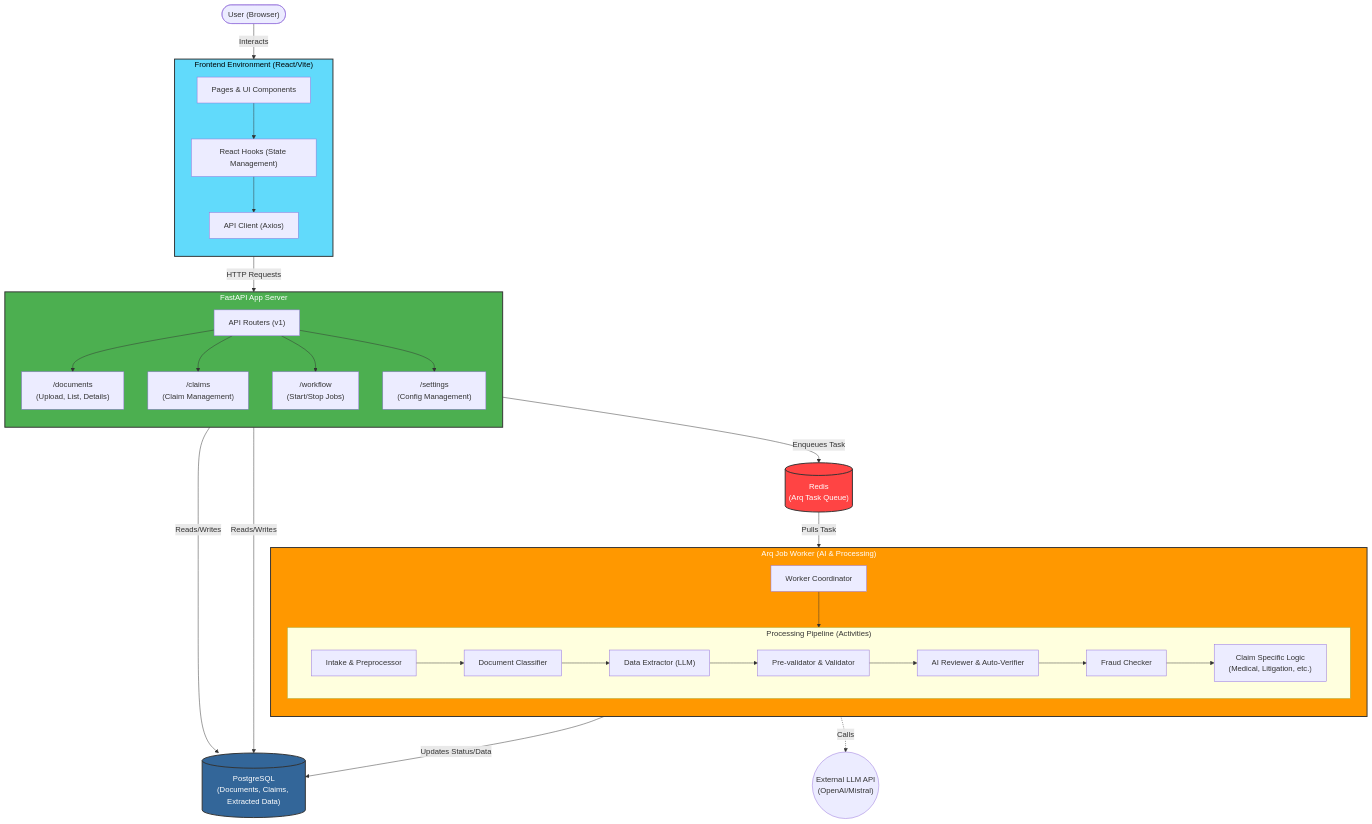
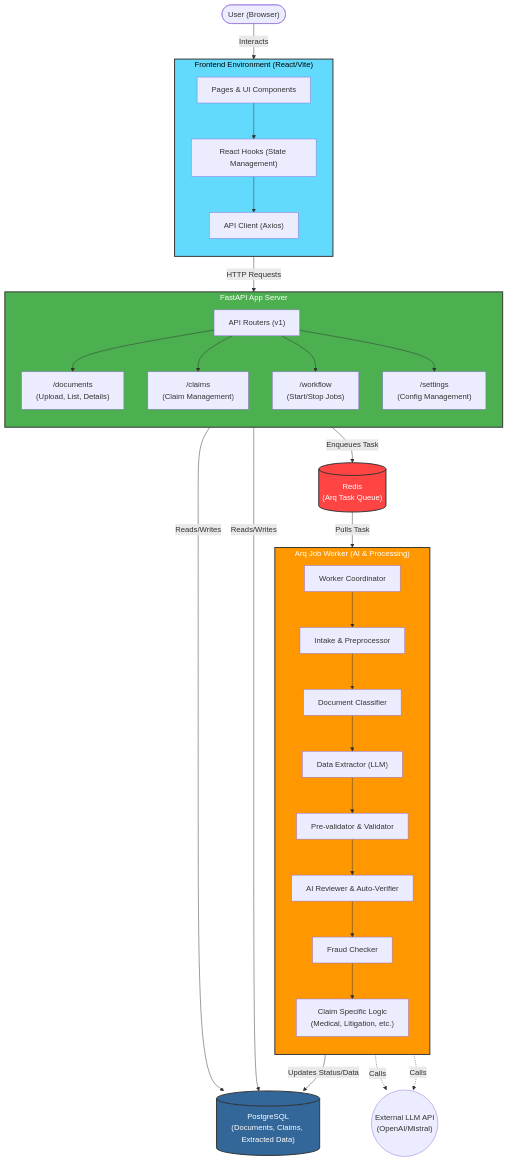
Before and after one commit to YASHGUPTA9063/Document-Ai: the diagram in project_architecture.md, drawn with Mermaid. The commit also changed 16 other files, not shown here.

````diff
--- a/project_architecture.md
+++ b/project_architecture.md
@@ -5,75 +5,76 @@
 ```mermaid
 flowchart TB
     classDef frontend fill:#61dafb,stroke:#333,stroke-width:2px,color:#000
     classDef api fill:#4caf50,stroke:#333,stroke-width:2px,color:#fff
     classDef worker fill:#ff9800,stroke:#333,stroke-width:2px,color:#fff
     classDef db fill:#336699,stroke:#333,stroke-width:2px,color:#fff
     classDef cache fill:#ff4444,stroke:#333,stroke-width:2px,color:#fff
 
     User(["User (Browser)"])
 
     %% FRONTEND SUBGRAPH
     subgraph Frontend ["Frontend Environment (React/Vite)"]
         direction TB
         UI["Pages & UI Components"]
         Hooks["React Hooks (State Management)"]
         APIClient["API Client (Axios)"]
         
         UI --> Hooks
         Hooks --> APIClient
     end
     class Frontend frontend
 
     %% BACKEND API SUBGRAPH
     subgraph BackendAPI ["FastAPI App Server"]
         direction TB
         APIRouters["API Routers (v1)"]
         DocRoute["/documents<br>(Upload, List, Details)"]
         ClaimRoute["/claims<br>(Claim Management)"]
         WorkflowRoute["/workflow<br>(Start/Stop Jobs)"]
         SettingsRoute["/settings<br>(Config Management)"]
         
         APIRouters --> DocRoute
         APIRouters --> ClaimRoute
         APIRouters --> WorkflowRoute
         APIRouters --> SettingsRoute
     end
     class BackendAPI api
 
     %% BACKGROUND WORKER SUBGRAPH
     subgraph ArqWorker ["Arq Job Worker (AI & Processing)"]
         direction TB
         WorkerManager["Worker Coordinator"]
         
-        subgraph Pipeline ["Processing Pipeline (Activities)"]
-            Intake["Intake & Preprocessor"]
-            Classifier["Document Classifier"]
-            Extractor["Data Extractor (LLM)"]
-            Validators["Pre-validator & Validator"]
-            Reviewer["AI Reviewer & Auto-Verifier"]
-            Fraud["Fraud Checker"]
-            ClaimLogic["Claim Specific Logic<br>(Medical, Litigation, etc.)"]
-            
-            Intake --> Classifier --> Extractor --> Validators --> Reviewer --> Fraud --> ClaimLogic
-        end
-        WorkerManager --> Pipeline
+        Intake["Intake & Preprocessor"]
+        Classifier["Document Classifier"]
+        Extractor["Data Extractor (LLM)"]
+        Validators["Pre-validator & Validator"]
+        Reviewer["AI Reviewer & Auto-Verifier"]
+        Fraud["Fraud Checker"]
+        ClaimLogic["Claim Specific Logic<br>(Medical, Litigation, etc.)"]
+        
+        WorkerManager --> Intake
+        Intake --> Classifier --> Extractor --> Validators --> Reviewer --> Fraud --> ClaimLogic
     end
     class ArqWorker worker
 
     %% DATABASES
     Postgres[("PostgreSQL<br>(Documents, Claims, Extracted Data)")]:::db
     Redis[("Redis<br>(Arq Task Queue)")]:::cache
+    ExternalLLM(("External LLM API<br>(OpenAI/Mistral)"))
 
     %% INTERACTIONS
     User -->|Interacts| UI
     APIClient -->|HTTP Requests| APIRouters
     
     DocRoute -->|Reads/Writes| Postgres
     ClaimRoute -->|Reads/Writes| Postgres
     WorkflowRoute -->|Enqueues Task| Redis
     
     Redis -->|Pulls Task| WorkerManager
-    Pipeline -->|Updates Status/Data| Postgres
-    Pipeline -.->|Calls| ExternalLLM(("External LLM API<br>(OpenAI/Mistral)"))
+    
+    ClaimLogic -->|Updates Status/Data| Postgres
+    Extractor -.->|Calls| ExternalLLM
+    Reviewer -.->|Calls| ExternalLLM
 
 ```
````
